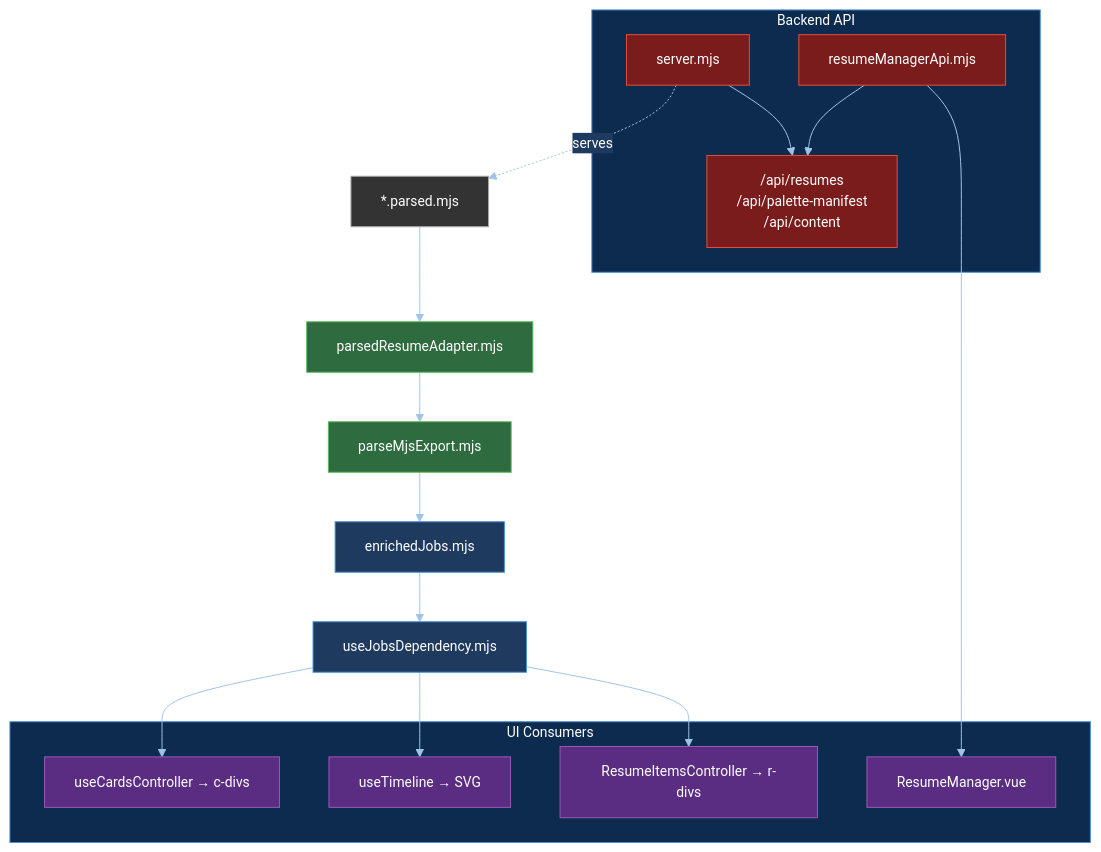
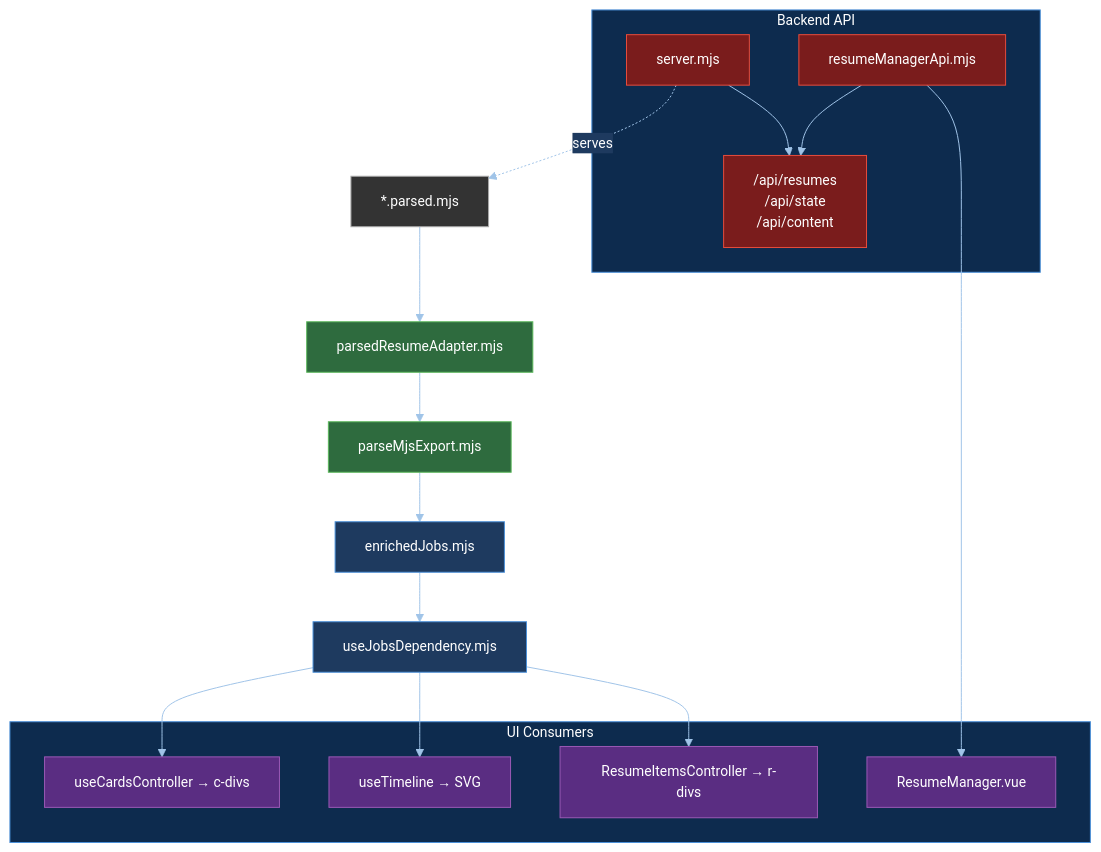
The seventh of 8 diagrams in docs/vue-architecture.md (sbecker11/resume-flyer), drawn with Mermaid before and after one commit. The commit also changed 86 other files, not shown here.

````diff
--- a/docs/vue-architecture.md
+++ b/docs/vue-architecture.md
@@ -426,43 +426,43 @@
 ```mermaid
 %%{init: {"theme":"base","themeVariables":{"primaryColor":"#1e3a5f","primaryTextColor":"#ffffff","primaryBorderColor":"#4a90d9","lineColor":"#a0c4e8","secondaryColor":"#2a4a7f","tertiaryColor":"#0d2b4e","clusterBkg":"#0d2b4e","clusterBorder":"#4a90d9","titleColor":"#ffffff","edgeLabelBackground":"#1e3a5f","fontFamily":"trebuchet ms, verdana, arial","fontSize":"14px"}}}%%
 flowchart TD
     ParsedFiles["*.parsed.mjs"]
     Adapter["parsedResumeAdapter.mjs"]
     ExportParser["parseMjsExport.mjs"]
     Enriched["enrichedJobs.mjs"]
     JobsDep["useJobsDependency.mjs"]
 
     subgraph BackendAPI["Backend API"]
         Server["server.mjs"]
-        Endpoints["/api/resumes\n/api/palette-manifest\n/api/content"]
+        Endpoints["/api/resumes\n/api/state\n/api/content"]
         APIClient["resumeManagerApi.mjs"]
     end
 
     subgraph UIConsumers["UI Consumers"]
         Cards["useCardsController → c-divs"]
         Timeline["useTimeline → SVG"]
         ResumeItems["ResumeItemsController → r-divs"]
         ResumeMgrUI["ResumeManager.vue"]
     end
 
     classDef sourceNode fill:#333,stroke:#aaa,color:#fff
     classDef parseNode fill:#2e6b3e,stroke:#5cb85c,color:#fff
     classDef enrichNode fill:#1e3a5f,stroke:#4a90d9,color:#fff
     classDef apiNode fill:#7a1c1c,stroke:#e74c3c,color:#fff
     classDef consumerNode fill:#5a2d82,stroke:#9b59b6,color:#fff
 
     class ParsedFiles sourceNode
     class Adapter,ExportParser parseNode
     class Enriched,JobsDep enrichNode
     class Server,APIClient,Endpoints apiNode
     class Cards,Timeline,ResumeItems,ResumeMgrUI consumerNode
 
     ParsedFiles --> Adapter --> ExportParser --> Enriched --> JobsDep
     Server -.->|serves| ParsedFiles
     Server --> Endpoints
     APIClient --> Endpoints
     APIClient --> ResumeMgrUI
     JobsDep --> Cards
     JobsDep --> Timeline
     JobsDep --> ResumeItems
 ```
````
